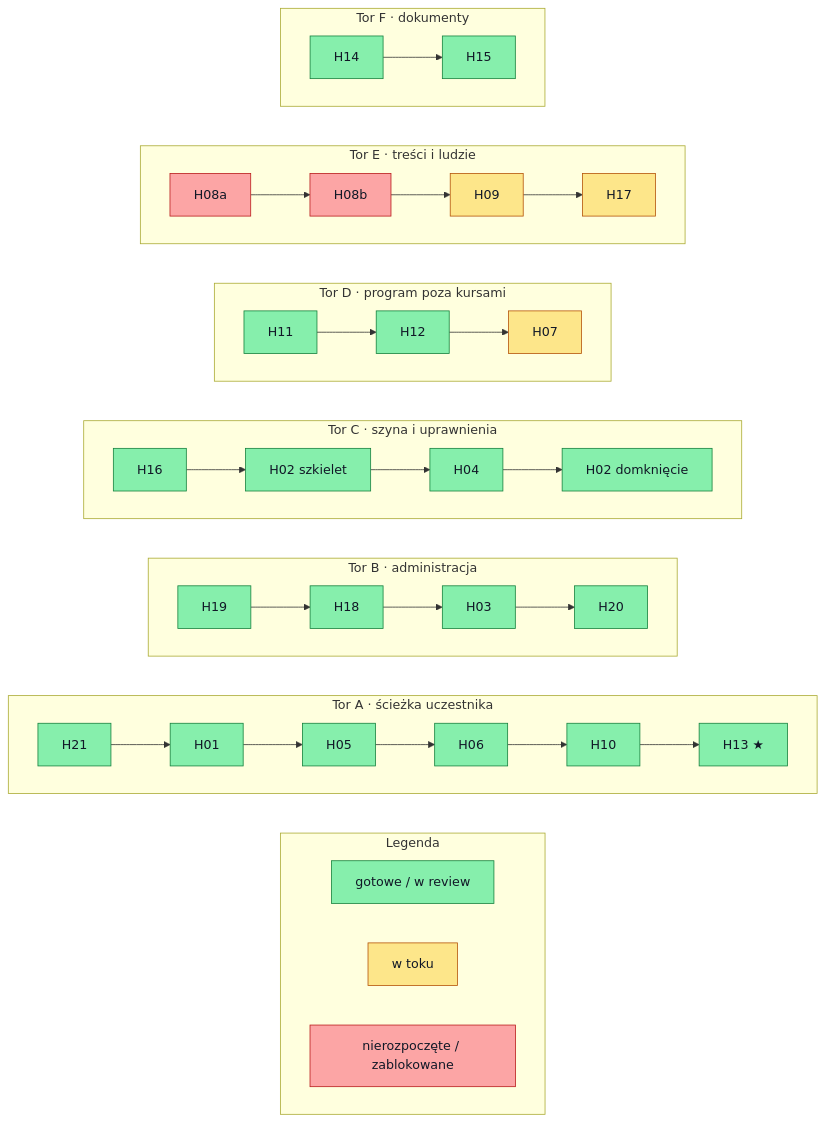
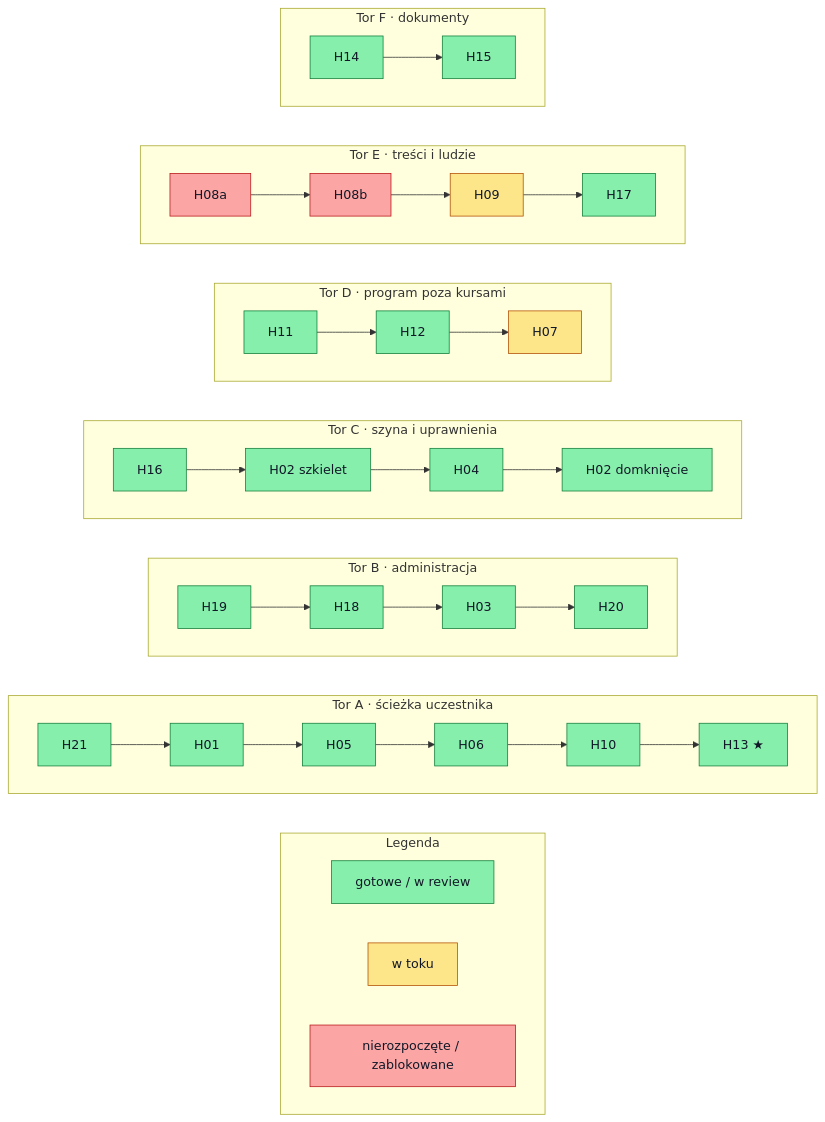
One commit to tomekwilczak/psychon-hackaton changed the fourth of 5 diagrams in docs/hackathon/05-zaleznosci-pakietow.md. Above: the diagram before and after it, drawn with Mermaid. The commit also changed other lines of this file, not shown here.

Commit message:
docs(zaleznosci): H17 na zielono po scaleniu PR #44
Tablica koordynacji przestawiła H17 na REVIEW, więc zgodnie z legendą dokumentu węzeł jest zielony. H09 pozostaje żółty — PR #43 (H09 → REVIEW) nie jest jeszcze scalony na main.

Claude-Session: https://claude.ai/code/session_01HniybPsaUW4h39Cz6p4Xud

````diff
--- a/docs/hackathon/05-zaleznosci-pakietow.md
+++ b/docs/hackathon/05-zaleznosci-pakietow.md
@@ -227,37 +227,37 @@
 ```mermaid
 flowchart LR
   classDef done fill:#86efac,stroke:#15803d,color:#111827
   classDef wip fill:#fde68a,stroke:#b45309,color:#111827
   classDef todo fill:#fca5a5,stroke:#b91c1c,color:#111827
 
   subgraph LG["Legenda"]
     direction LR
     L1["gotowe / w review"]:::done
     L2["w toku"]:::wip
     L3["nierozpoczęte / zablokowane"]:::todo
   end
   subgraph TA["Tor A · ścieżka uczestnika"]
     direction LR
     A0["H21"]:::done --> A1["H01"]:::done --> A2["H05"]:::done --> A3["H06"]:::done --> A4["H10"]:::done --> A5["H13 ★"]:::done
   end
   subgraph TB["Tor B · administracja"]
     direction LR
     B0["H19"]:::done --> B1["H18"]:::done --> B2["H03"]:::done --> B3["H20"]:::done
   end
   subgraph TC["Tor C · szyna i uprawnienia"]
     direction LR
     C0["H16"]:::done --> C1["H02 szkielet"]:::done --> C2["H04"]:::done --> C3["H02 domknięcie"]:::done
   end
   subgraph TD["Tor D · program poza kursami"]
     direction LR
     D0["H11"]:::done --> D1["H12"]:::done --> D2["H07"]:::wip
   end
   subgraph TE["Tor E · treści i ludzie"]
     direction LR
-    E0["H08a"]:::todo --> E1["H08b"]:::todo --> E2["H09"]:::wip --> E3["H17"]:::wip
+    E0["H08a"]:::todo --> E1["H08b"]:::todo --> E2["H09"]:::wip --> E3["H17"]:::done
   end
   subgraph TF["Tor F · dokumenty"]
     direction LR
     F0["H14"]:::done --> F1["H15"]:::done
   end
 ```
````
